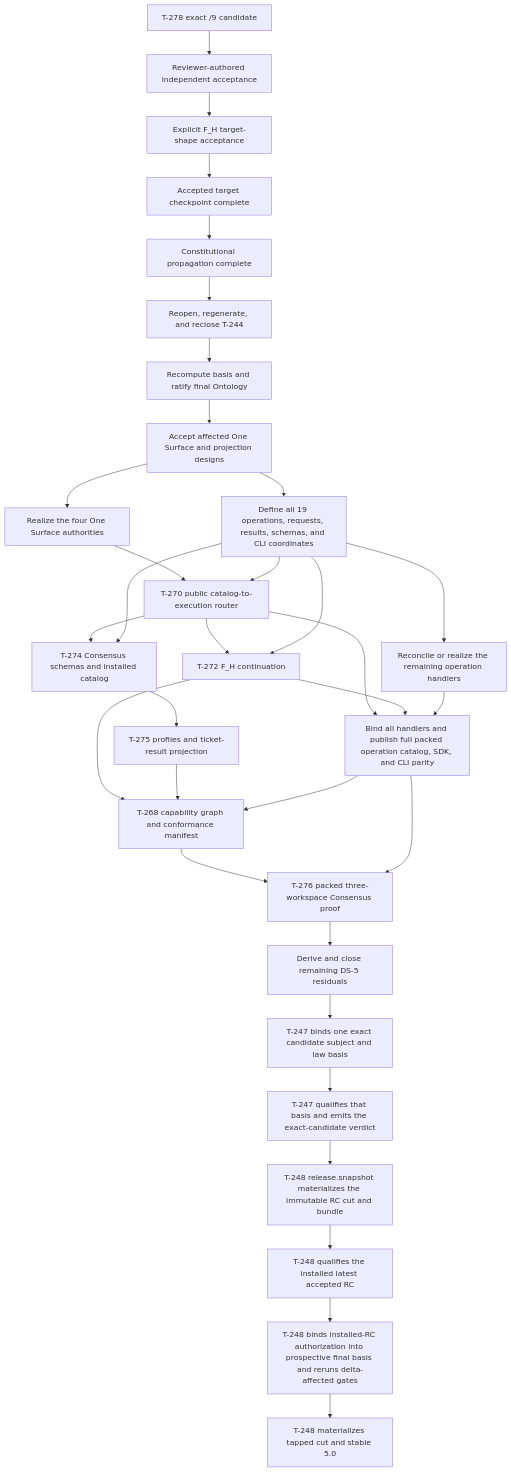
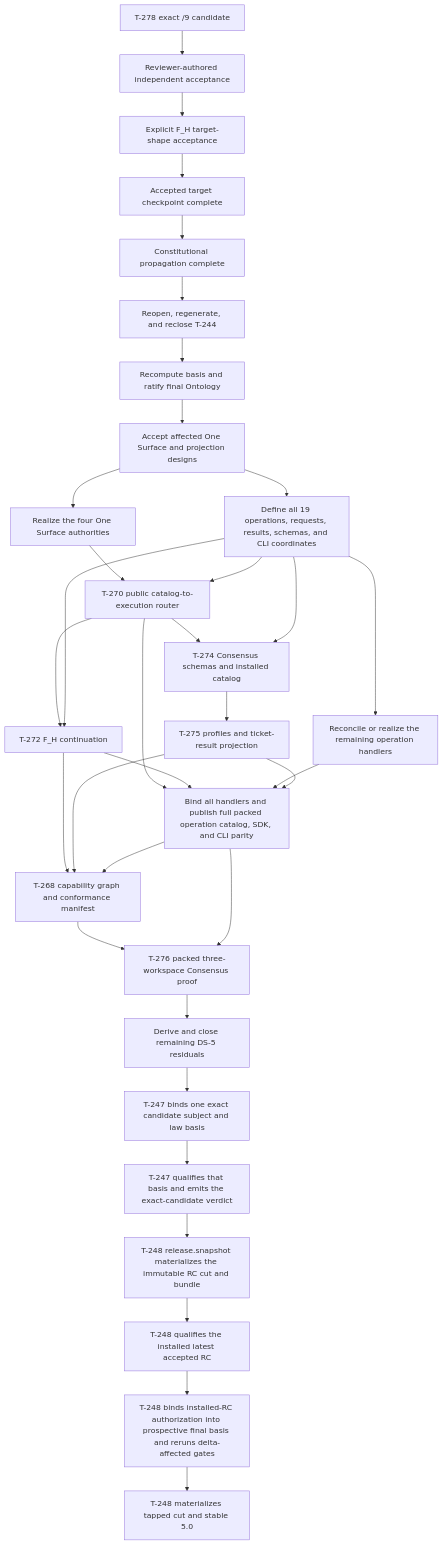
Before and after one commit to foolishimp/abiogenesis: the diagram in specification/GOALS.md, drawn with Mermaid. The commit also changed other lines of this file and 7 other files, not shown here.

````diff
--- a/specification/GOALS.md
+++ b/specification/GOALS.md
@@ -139,35 +139,36 @@
 ```mermaid
 flowchart TD
   A[T-278 exact /9 candidate] --> A2[Reviewer-authored independent acceptance]
   A2 --> A3[Explicit F_H target-shape acceptance]
   A3 --> S[Accepted target checkpoint complete]
   S --> B[Constitutional propagation complete]
   B --> C[Reopen, regenerate, and reclose T-244]
   C --> D[Recompute basis and ratify final Ontology]
   D --> E[Accept affected One Surface and projection designs]
   E --> O[Realize the four One Surface authorities]
   E --> P1[Define all 19 operations, requests, results, schemas, and CLI coordinates]
   O --> F[T-270 public catalog-to-execution router]
   P1 --> F
   P1 --> Q[Reconcile or realize the remaining operation handlers]
   F --> G[T-272 F_H continuation]
   P1 --> G
   F --> H[T-274 Consensus schemas and installed catalog]
   P1 --> H
   H --> I[T-275 profiles and ticket-result projection]
   F --> P2[Bind all handlers and publish full packed operation catalog, SDK, and CLI parity]
   G --> P2
   Q --> P2
+  I --> P2
   G --> J[T-268 capability graph and conformance manifest]
   I --> J
   P2 --> J
   J --> K[T-276 packed three-workspace Consensus proof]
   P2 --> K
   K --> L[Derive and close remaining DS-5 residuals]
   L --> B1[T-247 binds one exact candidate subject and law basis]
   B1 --> B2[T-247 qualifies that basis and emits the exact-candidate verdict]
   B2 --> R[T-248 release.snapshot materializes the immutable RC cut and bundle]
   R --> V[T-248 qualifies the installed latest accepted RC]
   V --> F1[T-248 binds installed-RC authorization into prospective final basis and reruns delta-affected gates]
   F1 --> N[T-248 materializes tapped cut and stable 5.0]
 ```
````
